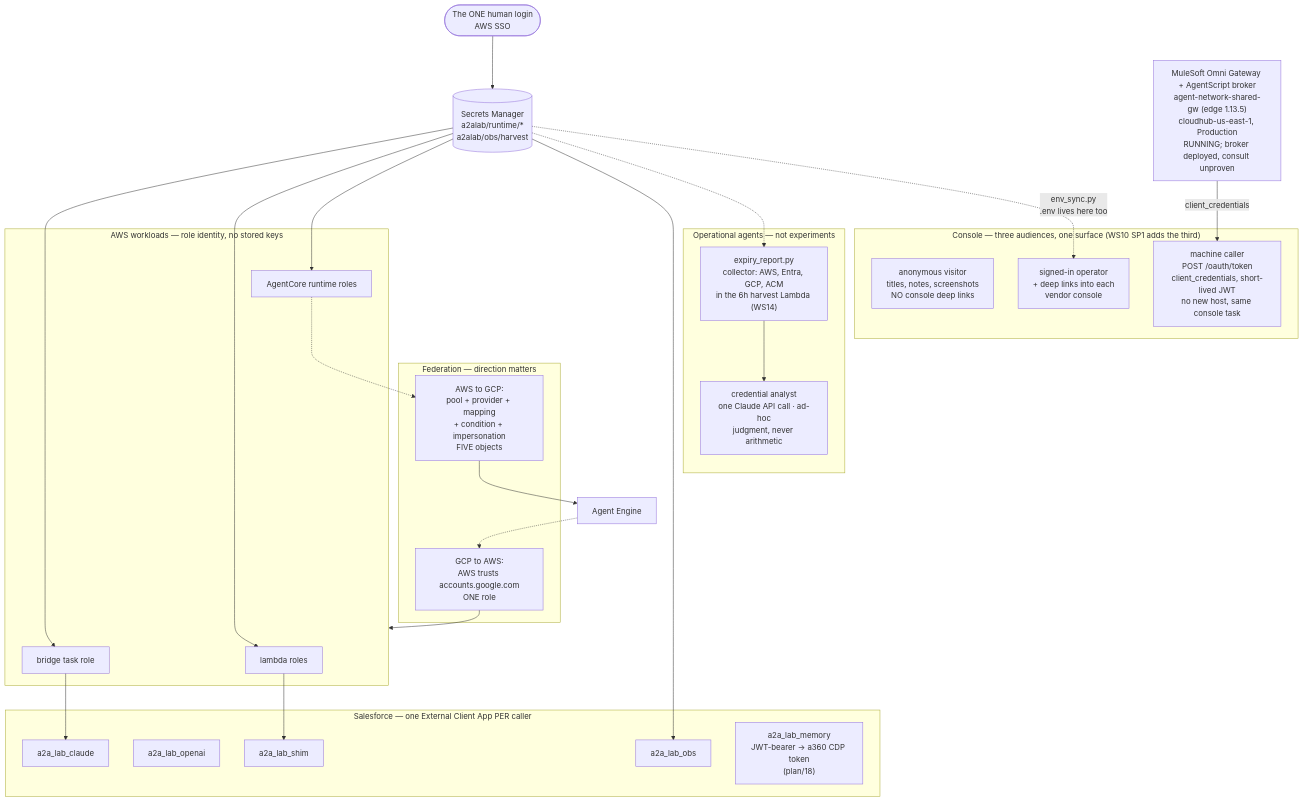
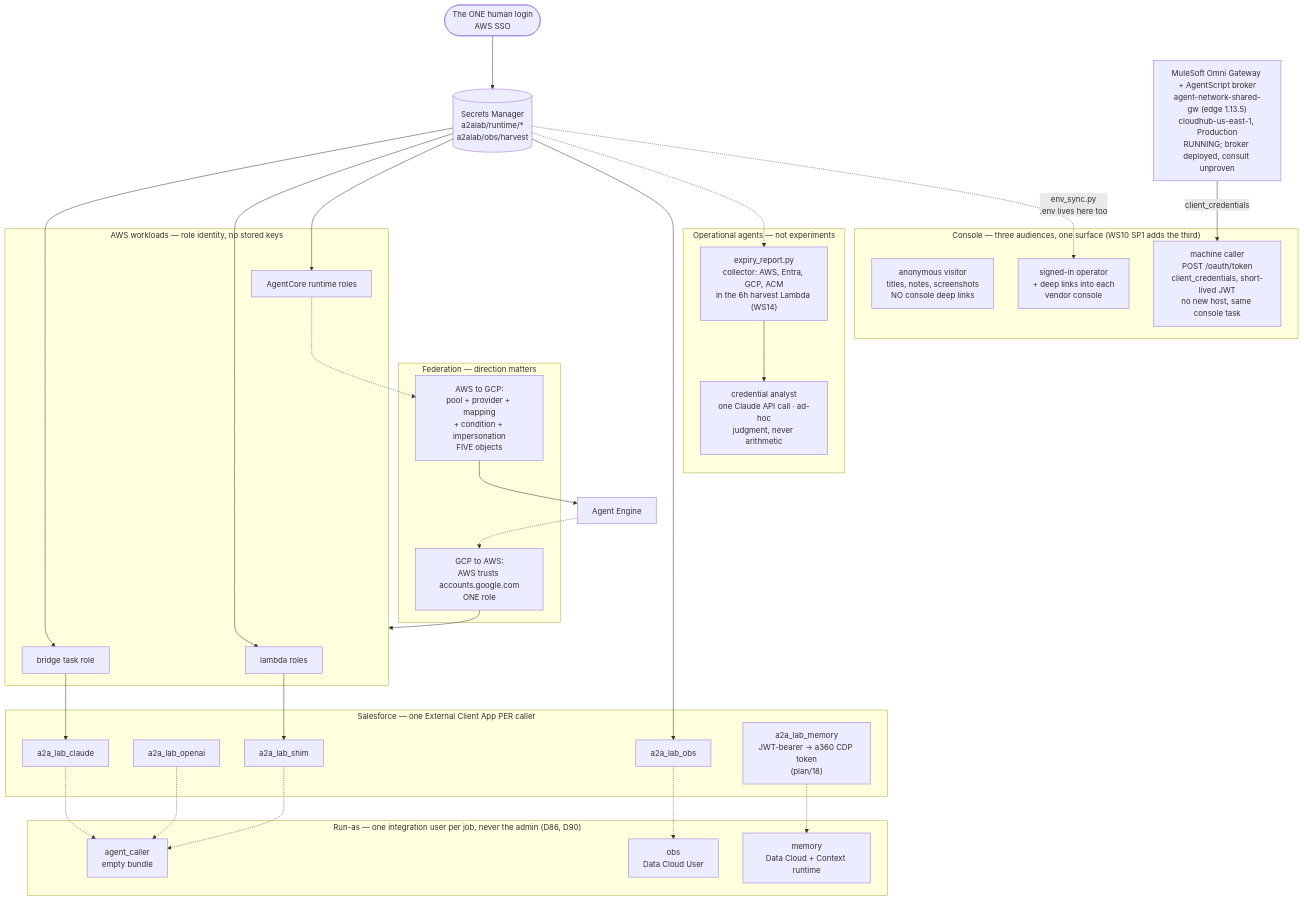
One commit to congmingwudi/a2a-lab changed the sixth of 11 diagrams in plan/09-deployment-map.md. Above: the diagram before and after it, drawn with Mermaid. The commit also changed other lines of this file and 43 other files, not shown here.

````diff
--- a/plan/09-deployment-map.md
+++ b/plan/09-deployment-map.md
@@ -394,51 +394,61 @@
 ```mermaid
 flowchart TB
   HUMAN(["The ONE human login<br/>AWS SSO"])
   HUMAN --> SM[("Secrets Manager<br/>a2alab/runtime/*<br/>a2alab/obs/harvest")]
 
   subgraph AWSID["AWS workloads — role identity, no stored keys"]
     TR["bridge task role"]
     LR["lambda roles"]
     AR["AgentCore runtime roles"]
   end
   SM --> TR
   SM --> LR
   SM --> AR
 
   subgraph SFID["Salesforce — one External Client App PER caller"]
     E1["a2a_lab_claude"]
     E2["a2a_lab_openai"]
     E3["a2a_lab_shim"]
     E4["a2a_lab_obs"]
     E5["a2a_lab_memory<br/>JWT-bearer → a360 CDP token<br/>(plan/18)"]
   end
+  subgraph SFU["Run-as — one integration user per job, never the admin (D86, D90)"]
+    U1["agent_caller<br/>empty bundle"]
+    U2["obs<br/>Data Cloud User"]
+    U3["memory<br/>Data Cloud + Context runtime"]
+  end
+  E1 -.-> U1
+  E2 -.-> U1
+  E3 -.-> U1
+  E4 -.-> U2
+  E5 -.-> U3
   TR --> E1
   LR --> E3
   SM --> E4
 
   subgraph FED["Federation — direction matters"]
     G2A["GCP to AWS:<br/>AWS trusts accounts.google.com<br/>ONE role"]
     A2G["AWS to GCP:<br/>pool + provider + mapping<br/>+ condition + impersonation<br/>FIVE objects"]
   end
   AR -.-> A2G
   A2G --> ADKX["Agent Engine"]
   ADKX -.-> G2A
   G2A --> AWSID
 
   subgraph OPS["Operational agents — not experiments"]
     EXP["expiry_report.py<br/>collector: AWS, Entra, GCP, ACM<br/>in the 6h harvest Lambda (WS14)"]
     CANA["credential analyst<br/>one Claude API call · ad-hoc<br/>judgment, never arithmetic"]
     EXP --> CANA
   end
   SM -.-> EXP
 
   subgraph PUB["Console — three audiences, one surface (WS10 SP1 adds the third)"]
     ANON["anonymous visitor<br/>titles, notes, screenshots<br/>NO console deep links"]
     OPER["signed-in operator<br/>+ deep links into each<br/>vendor console"]
     MACH["machine caller<br/>POST /oauth/token<br/>client_credentials, short-lived JWT<br/>no new host, same console task"]
   end
   SM -.->|"env_sync.py<br/>.env lives here too"| OPER
 
   MULE["MuleSoft Omni Gateway + AgentScript broker<br/>agent-network-shared-gw (edge 1.13.5)<br/>cloudhub-us-east-1, Production<br/>RUNNING; broker deployed, consult unproven"]
   MULE -->|"client_credentials"| MACH
 ```
````
